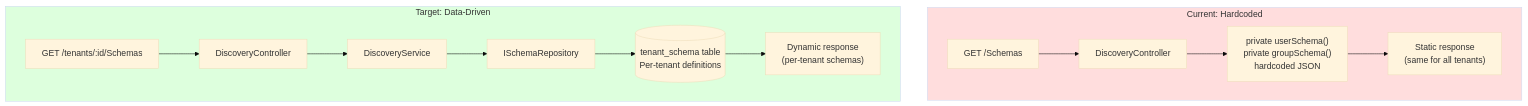
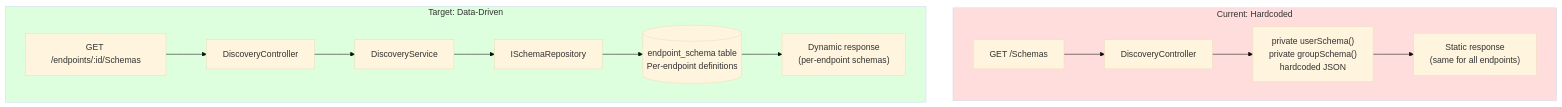
Before and after one commit to pranems/SCIMServer: diagram 11 of 23 in docs/MIGRATION_PLAN_CURRENT_TO_IDEAL_v3_2026-02-20.md, drawn with Mermaid (base theme). The commit also changed other lines of this file and 288 other files, not shown here.

````diff
--- a/docs/MIGRATION_PLAN_CURRENT_TO_IDEAL_v3_2026-02-20.md
+++ b/docs/MIGRATION_PLAN_CURRENT_TO_IDEAL_v3_2026-02-20.md
@@ -1683,19 +1688,19 @@
 ```mermaid
 flowchart TD
     subgraph CURRENT["Current: Hardcoded"]
         C_REQ["GET /Schemas"] --> C_CTRL["DiscoveryController"]
         C_CTRL --> C_PRIV["private userSchema()<br/>private groupSchema()<br/>hardcoded JSON"]
-        C_PRIV --> C_RES["Static response<br/>(same for all tenants)"]
+        C_PRIV --> C_RES["Static response<br/>(same for all endpoints)"]
     end
 
     subgraph TARGET["Target: Data-Driven"]
-        T_REQ["GET /tenants/:id/Schemas"] --> T_CTRL["DiscoveryController"]
+        T_REQ["GET /endpoints/:id/Schemas"] --> T_CTRL["DiscoveryController"]
         T_CTRL --> T_SVC["DiscoveryService"]
         T_SVC --> T_REPO["ISchemaRepository"]
-        T_REPO --> T_DB[("tenant_schema table<br/>Per-tenant definitions")]
-        T_DB --> T_RES["Dynamic response<br/>(per-tenant schemas)"]
+        T_REPO --> T_DB[("endpoint_schema table<br/>Per-endpoint definitions")]
+        T_DB --> T_RES["Dynamic response<br/>(per-endpoint schemas)"]
     end
 
     style CURRENT fill:#ffdddd,color:#333
     style TARGET fill:#ddffdd,color:#333
 ```
````
